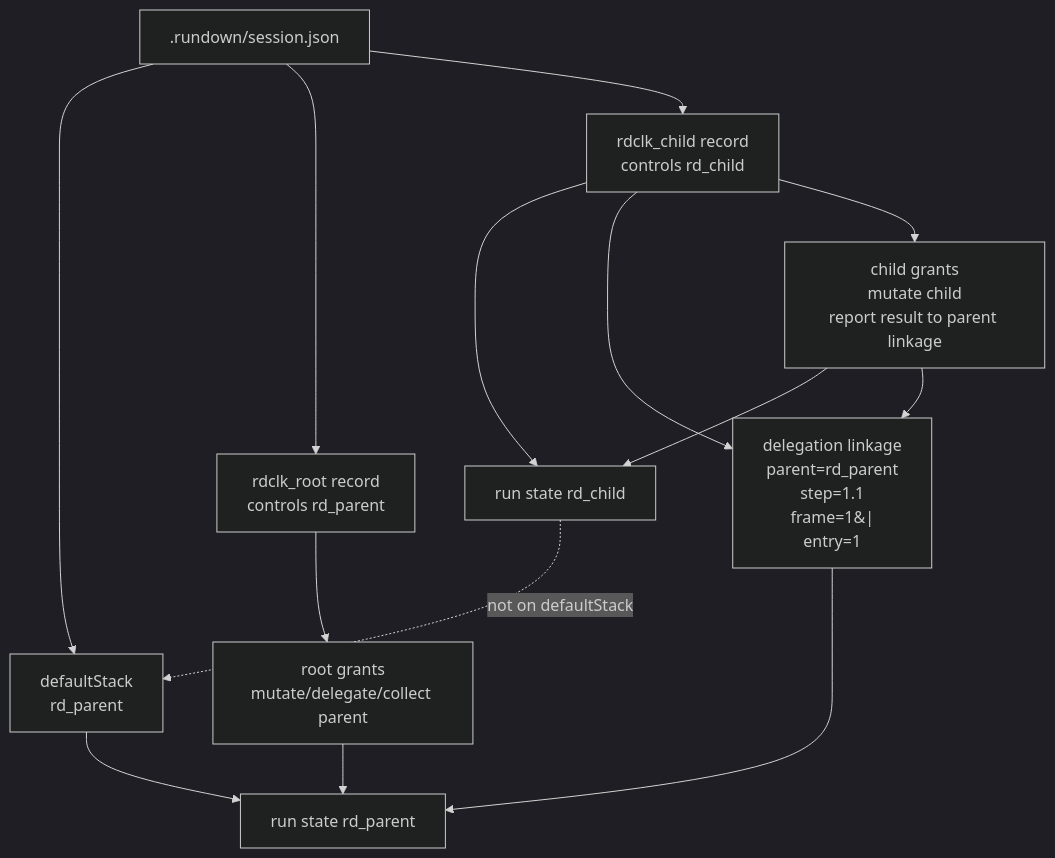
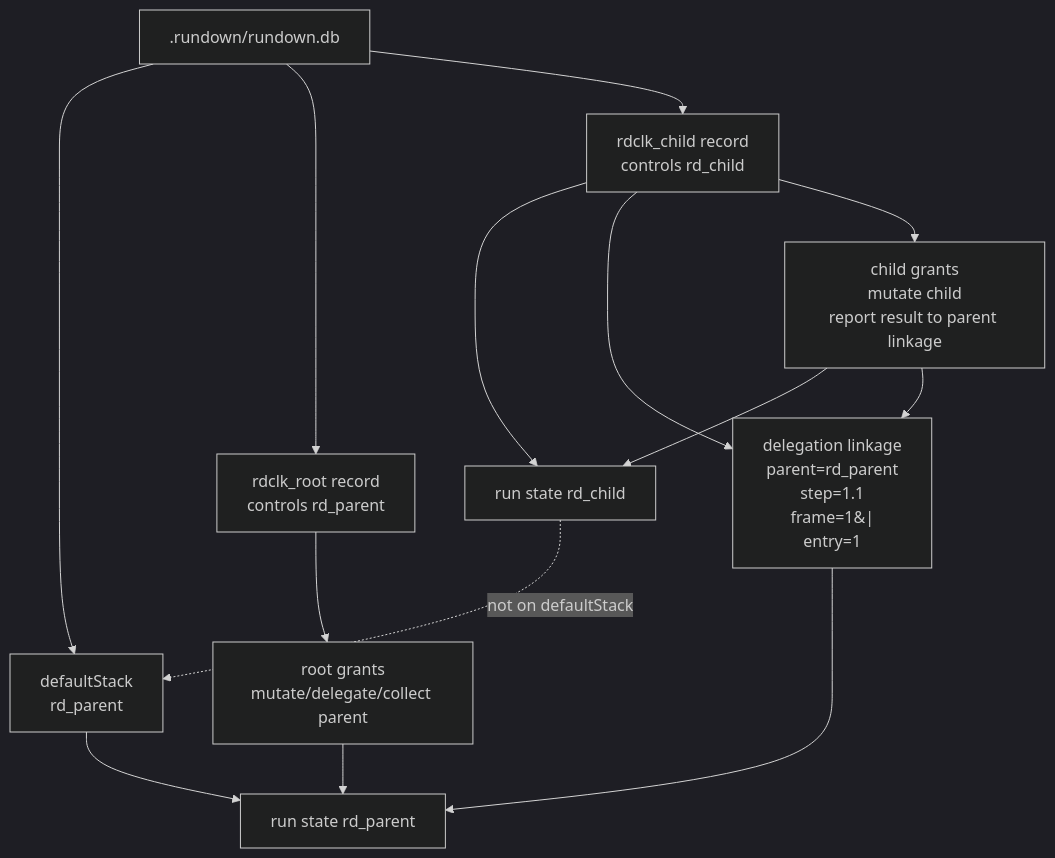
Before and after one commit to tobyhede/rundown: the third of 3 diagrams in docs/guides/agent-orchestration.md, drawn with Mermaid (dark theme). The commit also changed other lines of this file and 71 other files, not shown here.

````diff
--- a/docs/guides/agent-orchestration.md
+++ b/docs/guides/agent-orchestration.md
@@ -263,27 +263,27 @@
 ```mermaid
 flowchart TB
-    Session[".rundown/session.json"]
+    Session[".rundown/rundown.db"]
     Stack["defaultStack<br/>rd_parent"]
     Root["rdclk_root record<br/>controls rd_parent"]
     Child["rdclk_child record<br/>controls rd_child"]
     ParentRun["run state rd_parent"]
     ChildRun["run state rd_child"]
     Linkage["delegation linkage<br/>parent=rd_parent<br/>step=1.1<br/>frame=1&#124;<br/>entry=1"]
     RootGrants["root grants<br/>mutate/delegate/collect parent"]
     ChildGrants["child grants<br/>mutate child<br/>report result to parent linkage"]
 
     Session --> Stack
     Session --> Root
     Session --> Child
     Stack --> ParentRun
     Root --> RootGrants
     RootGrants --> ParentRun
     Child --> ChildRun
     Child --> Linkage
     Child --> ChildGrants
     Linkage --> ParentRun
     ChildGrants --> ChildRun
     ChildGrants --> Linkage
 
     ChildRun -. "not on defaultStack" .-> Stack
 ```
````
